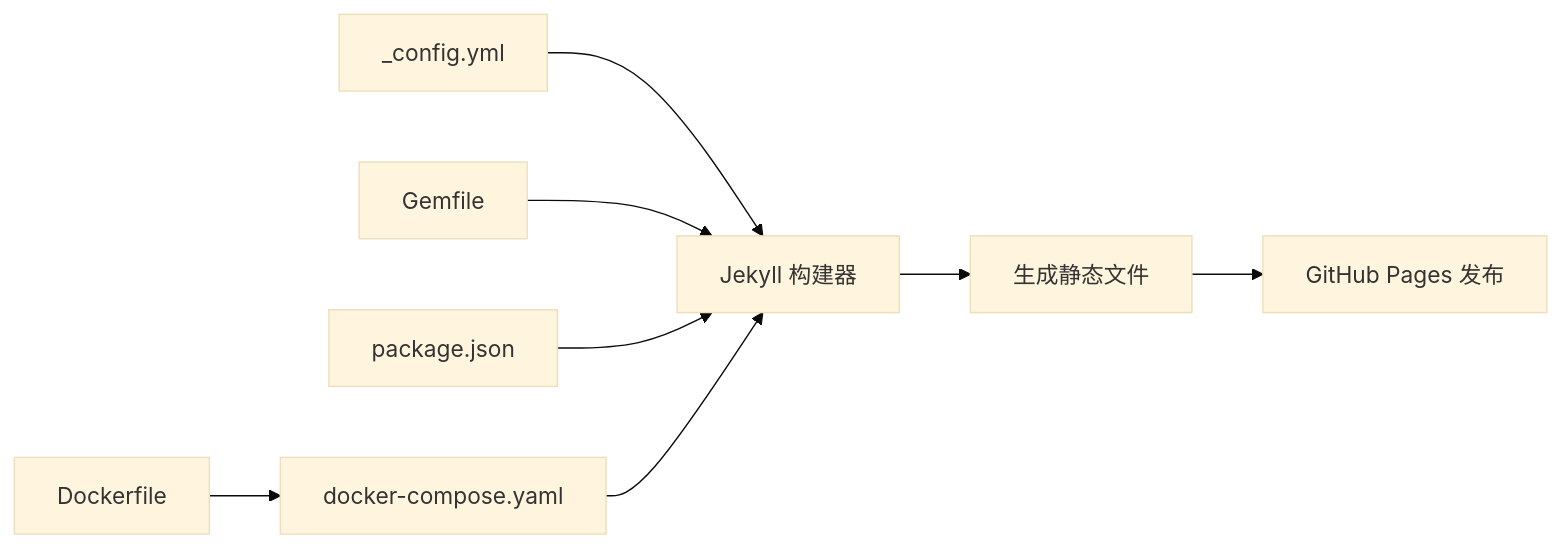
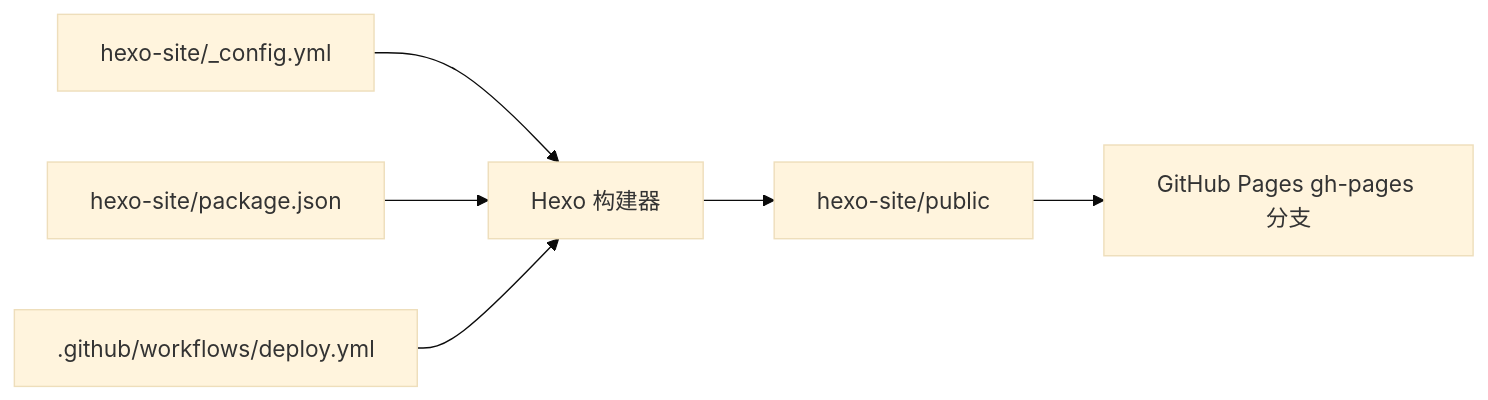
The third of 3 diagrams in .qoder/repowiki/zh/content/部署和维护/GitHub Pages 部署.md (CoolPig0720/CoolPig0720.github.io), drawn with Mermaid (base theme) before and after one commit. The commit also changed other lines of this file and 36 other files, not shown here.

````diff
--- a/.qoder/repowiki/zh/content/部署和维护/GitHub Pages 部署.md
+++ b/.qoder/repowiki/zh/content/部署和维护/GitHub Pages 部署.md
@@ -185,10 +163,8 @@
 ```mermaid
 graph LR
-CFG["_config.yml"] --> JB["Jekyll 构建器"]
-GF["Gemfile"] --> JB
-PJ["package.json"] --> JB
-DF["Dockerfile"] --> DC["docker-compose.yaml"]
-DC --> JB
-JB --> OUT["生成静态文件"]
-OUT --> GP["GitHub Pages 发布"]
+CFG["hexo-site/_config.yml"] --> JB["Hexo 构建器"]
+PKG["hexo-site/package.json"] --> JB
+WF[".github/workflows/deploy.yml"] --> JB
+JB --> PUB["hexo-site/public"]
+PUB --> GP["GitHub Pages gh-pages 分支"]
 ```
````
